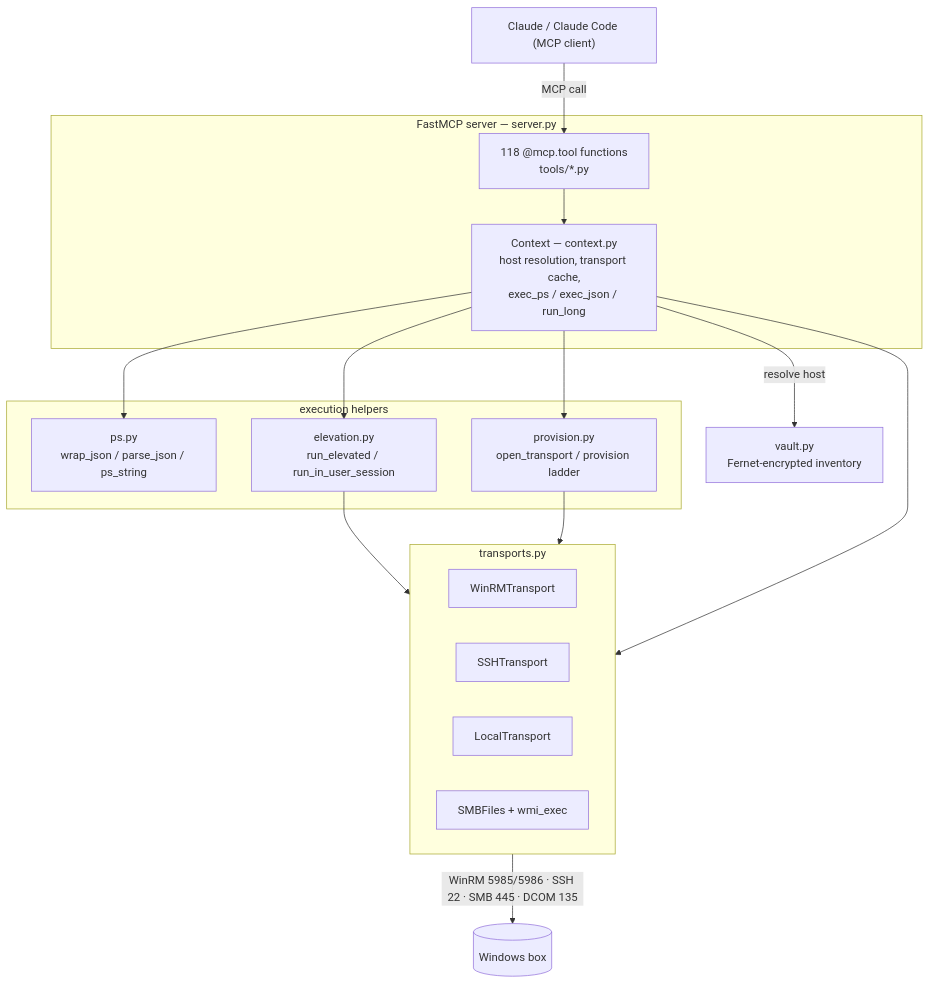
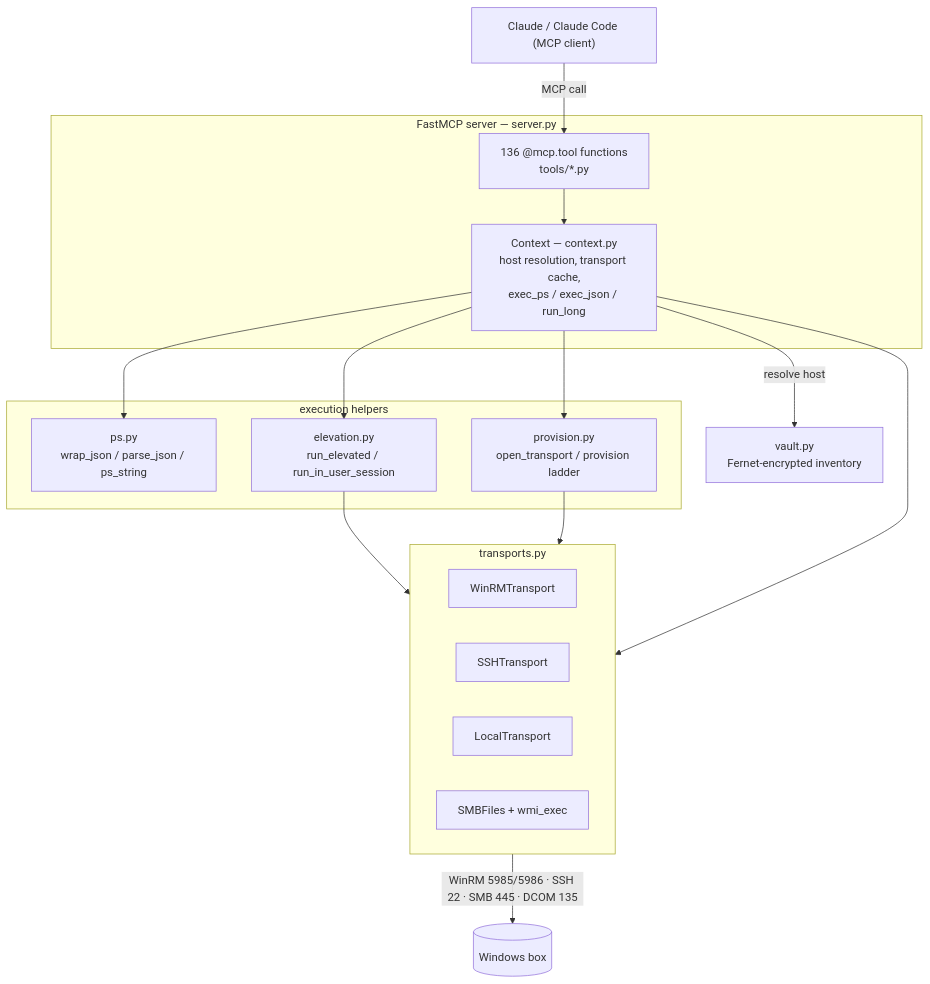
The first of 2 diagrams in docs/ARCHITECTURE.md (emog33k/winrdp-mcp), drawn with Mermaid before and after one commit. The commit also changed other lines of this file and 11 other files, not shown here.

````diff
--- a/docs/ARCHITECTURE.md
+++ b/docs/ARCHITECTURE.md
@@ -51,32 +51,32 @@
 ```mermaid
 graph TD
     Claude["Claude / Claude Code (MCP client)"]
     subgraph server["FastMCP server — server.py"]
-        Tools["118 @mcp.tool functions<br/>tools/*.py"]
+        Tools["136 @mcp.tool functions<br/>tools/*.py"]
         Ctx["Context — context.py<br/>host resolution, transport cache,<br/>exec_ps / exec_json / run_long"]
     end
     subgraph exec["execution helpers"]
         PS["ps.py<br/>wrap_json / parse_json / ps_string"]
         Elev["elevation.py<br/>run_elevated / run_in_user_session"]
         Prov["provision.py<br/>open_transport / provision ladder"]
     end
     subgraph transports["transports.py"]
         WinRM["WinRMTransport"]
         SSH["SSHTransport"]
         Local["LocalTransport"]
         SMB["SMBFiles + wmi_exec"]
     end
     Vault["vault.py<br/>Fernet-encrypted inventory"]
     Box[("Windows box")]
 
     Claude -->|MCP call| Tools
     Tools --> Ctx
     Ctx --> PS
     Ctx --> Elev
     Ctx --> Prov
     Ctx -->|resolve host| Vault
     Prov --> transports
     Ctx --> transports
     Elev --> transports
     transports -->|WinRM 5985/5986 · SSH 22 · SMB 445 · DCOM 135| Box
 ```
````
